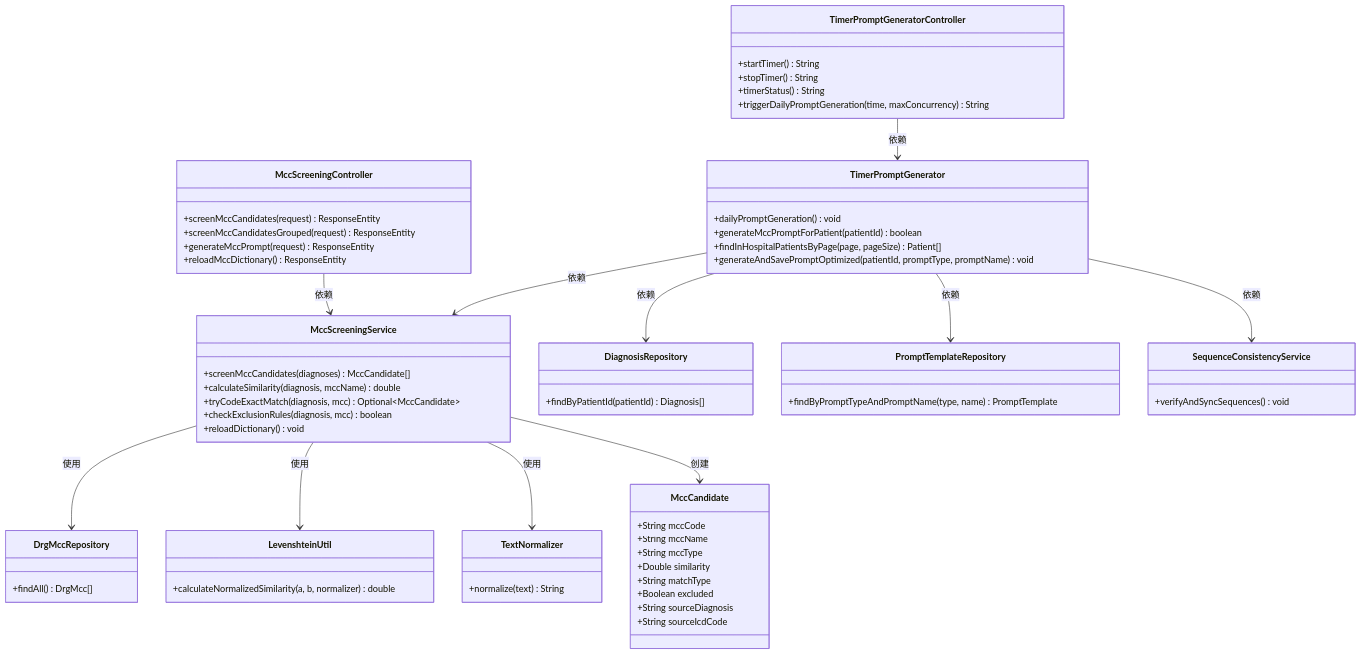
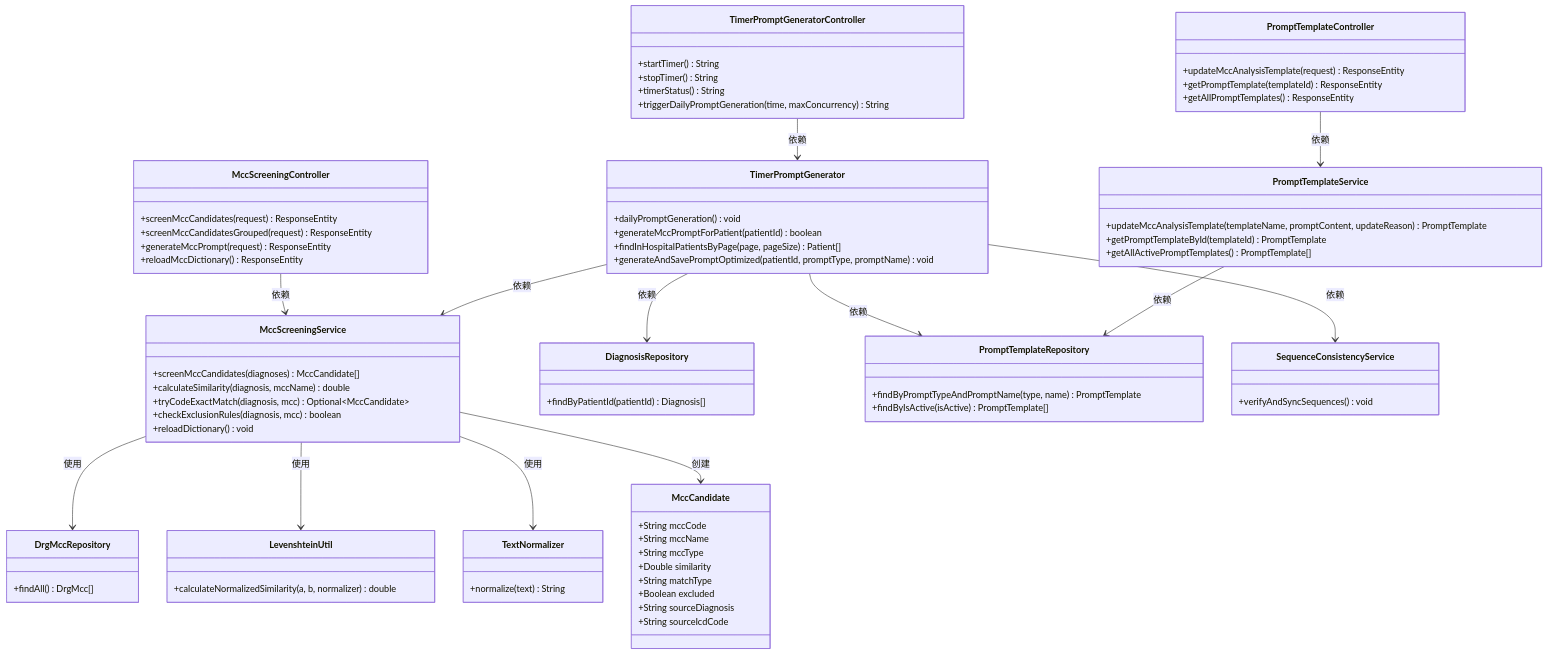
The tenth of 10 diagrams in .qoder/repowiki/zh/content/核心功能模块/MCC分析系统.md (liuzh2008/med_ai_assistant_workspace), drawn with Mermaid before and after one commit. The commit also changed other lines of this file and 2 other files, not shown here.

````diff
--- a/.qoder/repowiki/zh/content/核心功能模块/MCC分析系统.md
+++ b/.qoder/repowiki/zh/content/核心功能模块/MCC分析系统.md
@@ -385,66 +519,79 @@
 ```mermaid
 classDiagram
 class MccScreeningController {
 +screenMccCandidates(request) ResponseEntity
 +screenMccCandidatesGrouped(request) ResponseEntity
 +generateMccPrompt(request) ResponseEntity
 +reloadMccDictionary() ResponseEntity
 }
 class TimerPromptGeneratorController {
 +startTimer() String
 +stopTimer() String
 +timerStatus() String
 +triggerDailyPromptGeneration(time, maxConcurrency) String
 }
 class MccScreeningService {
 +screenMccCandidates(diagnoses) MccCandidate[]
 +calculateSimilarity(diagnosis, mccName) double
 +tryCodeExactMatch(diagnosis, mcc) Optional~MccCandidate~
 +checkExclusionRules(diagnosis, mcc) boolean
 +reloadDictionary() void
 }
 class TimerPromptGenerator {
 +dailyPromptGeneration() void
 +generateMccPromptForPatient(patientId) boolean
 +findInHospitalPatientsByPage(page, pageSize) Patient[]
 +generateAndSavePromptOptimized(patientId, promptType, promptName) void
 }
+class PromptTemplateController {
++updateMccAnalysisTemplate(request) ResponseEntity
++getPromptTemplate(templateId) ResponseEntity
++getAllPromptTemplates() ResponseEntity
+}
+class PromptTemplateService {
++updateMccAnalysisTemplate(templateName, promptContent, updateReason) PromptTemplate
++getPromptTemplateById(templateId) PromptTemplate
++getAllActivePromptTemplates() PromptTemplate[]
+}
 class MccCandidate {
 +String mccCode
 +String mccName
 +String mccType
 +Double similarity
 +String matchType
 +Boolean excluded
 +String sourceDiagnosis
 +String sourceIcdCode
 }
 class DrgMccRepository {
 +findAll() DrgMcc[]
 }
 class DiagnosisRepository {
 +findByPatientId(patientId) Diagnosis[]
 }
 class PromptTemplateRepository {
 +findByPromptTypeAndPromptName(type, name) PromptTemplate
++findByIsActive(isActive) PromptTemplate[]
 }
 class LevenshteinUtil {
 +calculateNormalizedSimilarity(a, b, normalizer) double
 }
 class TextNormalizer {
 +normalize(text) String
 }
 class SequenceConsistencyService {
 +verifyAndSyncSequences() void
 }
 MccScreeningController --> MccScreeningService : 依赖
 TimerPromptGeneratorController --> TimerPromptGenerator : 依赖
 TimerPromptGenerator --> MccScreeningService : 依赖
 TimerPromptGenerator --> DiagnosisRepository : 依赖
 TimerPromptGenerator --> PromptTemplateRepository : 依赖
 TimerPromptGenerator --> SequenceConsistencyService : 依赖
+PromptTemplateController --> PromptTemplateService : 依赖
+PromptTemplateService --> PromptTemplateRepository : 依赖
 MccScreeningService --> DrgMccRepository : 使用
 MccScreeningService --> LevenshteinUtil : 使用
 MccScreeningService --> TextNormalizer : 使用
 MccScreeningService --> MccCandidate : 创建
 ```
````
